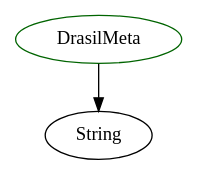
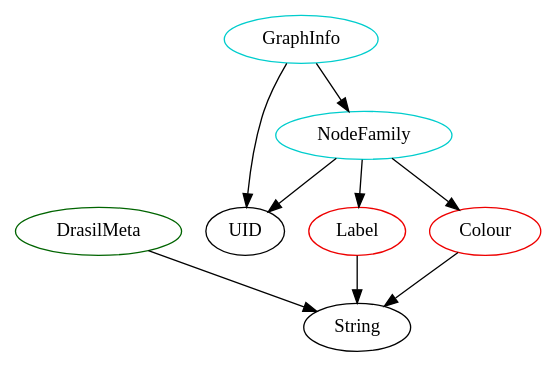
Before and after one commit to JacquesCarette/Drasil: the diagram in analysis/TypeDependencyGraphs/metadata.dot, drawn with Graphviz. The commit also changed 558 other files, not shown here.

```diff
--- a/analysis/TypeDependencyGraphs/metadata.dot
+++ b/analysis/TypeDependencyGraphs/metadata.dot
@@ -1,18 +1,39 @@
 digraph alltypes {
 	subgraph documentation {
 	}
 	subgraph domains {
 	}
 	subgraph drails {
 		subgraph drasilmeta{
 		DrasilMeta	[shape=oval, color=darkgreen, label="DrasilMeta"];
 		DrasilMeta -> String;
 		}
 	}
 	subgraph supportedsoftware {
 	}
 	subgraph teoryconcepths {
 	}
+	subgraph traceabilitygraphs {
+		subgraph nodefamily{
+		NodeFamily	[shape=oval, color=cyan3, label="NodeFamily"];
+		NodeFamily -> UID;
+		NodeFamily -> Label;
+		NodeFamily -> Colour;
+		}
+		subgraph graphinfo{
+		GraphInfo	[shape=oval, color=cyan3, label="GraphInfo"];
+		GraphInfo -> NodeFamily;
+		GraphInfo -> UID;
+		}
+		subgraph colour{
+		Colour	[shape=oval, color=red2, label="Colour"];
+		Colour -> String;
+		}
+		subgraph label{
+		Label	[shape=oval, color=red2, label="Label"];
+		Label -> String;
+		}
+	}
 	subgraph metadata {
 	}
 }
```
